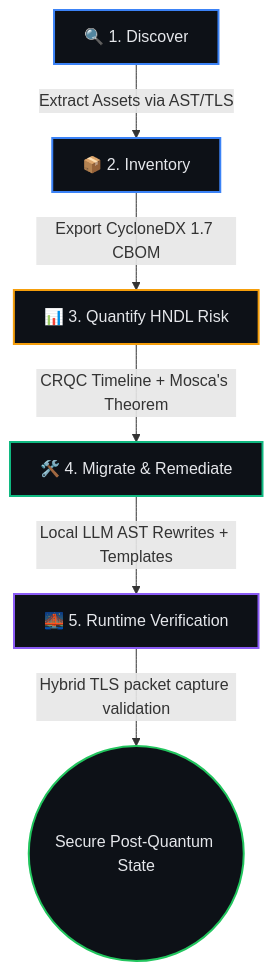
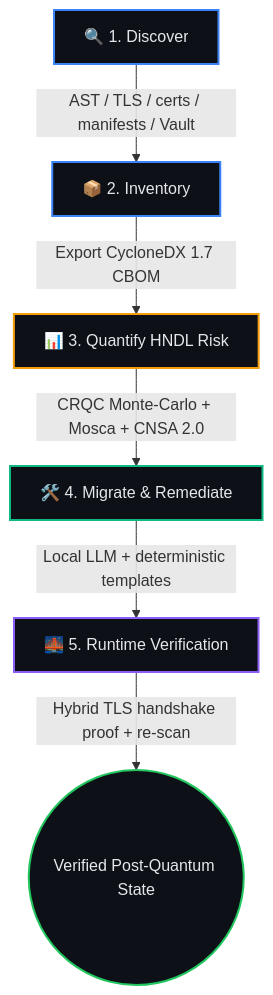
One commit to Dharsan2024/QUBIT-Quantum-Upgrade-Bridge-Inventory-Tool changed the diagram in README.md. Above: the diagram before and after it, drawn with Mermaid. The commit also changed other lines of this file and 2 other files, not shown here.

````diff
--- a/README.md
+++ b/README.md
@@ -28,18 +30,15 @@
 ```mermaid
 graph TD
-    A[🔍 1. Discover] -->|Extract Assets via AST/TLS| B[📦 2. Inventory]
+    A[🔍 1. Discover] -->|AST / TLS / certs / manifests / Vault| B[📦 2. Inventory]
     B -->|Export CycloneDX 1.7 CBOM| C[📊 3. Quantify HNDL Risk]
-    
-    C -->|CRQC Timeline + Mosca's Theorem| D[🛠️ 4. Migrate & Remediate]
-    
-    D -->|Local LLM AST Rewrites + Templates| E[🌉 5. Runtime Verification]
-    
-    E -->|Hybrid TLS packet capture validation| F((Secure Post-Quantum State))
-    
+    C -->|CRQC Monte-Carlo + Mosca + CNSA 2.0| D[🛠️ 4. Migrate &amp; Remediate]
+    D -->|Local LLM + deterministic templates| E[🌉 5. Runtime Verification]
+    E -->|Hybrid TLS handshake proof + re-scan| F((Verified Post-Quantum State))
+
     style A fill:#0d1117,stroke:#3b82f6,color:#e5e7eb,stroke-width:2px
     style B fill:#0d1117,stroke:#3b82f6,color:#e5e7eb,stroke-width:2px
     style C fill:#0d1117,stroke:#f59e0b,color:#e5e7eb,stroke-width:2px
     style D fill:#0d1117,stroke:#10b981,color:#e5e7eb,stroke-width:2px
     style E fill:#0d1117,stroke:#8b5cf6,color:#e5e7eb,stroke-width:2px
     style F fill:#0d1117,stroke:#22c55e,color:#e5e7eb,stroke-width:2px
 ```
````
